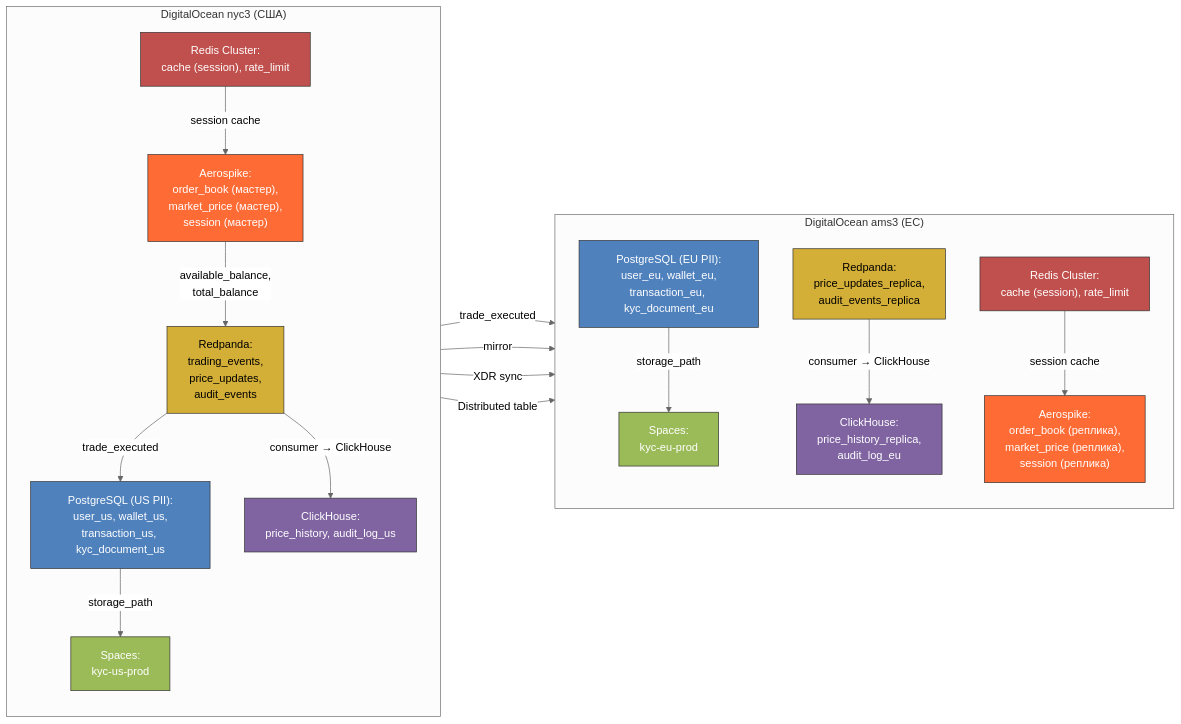
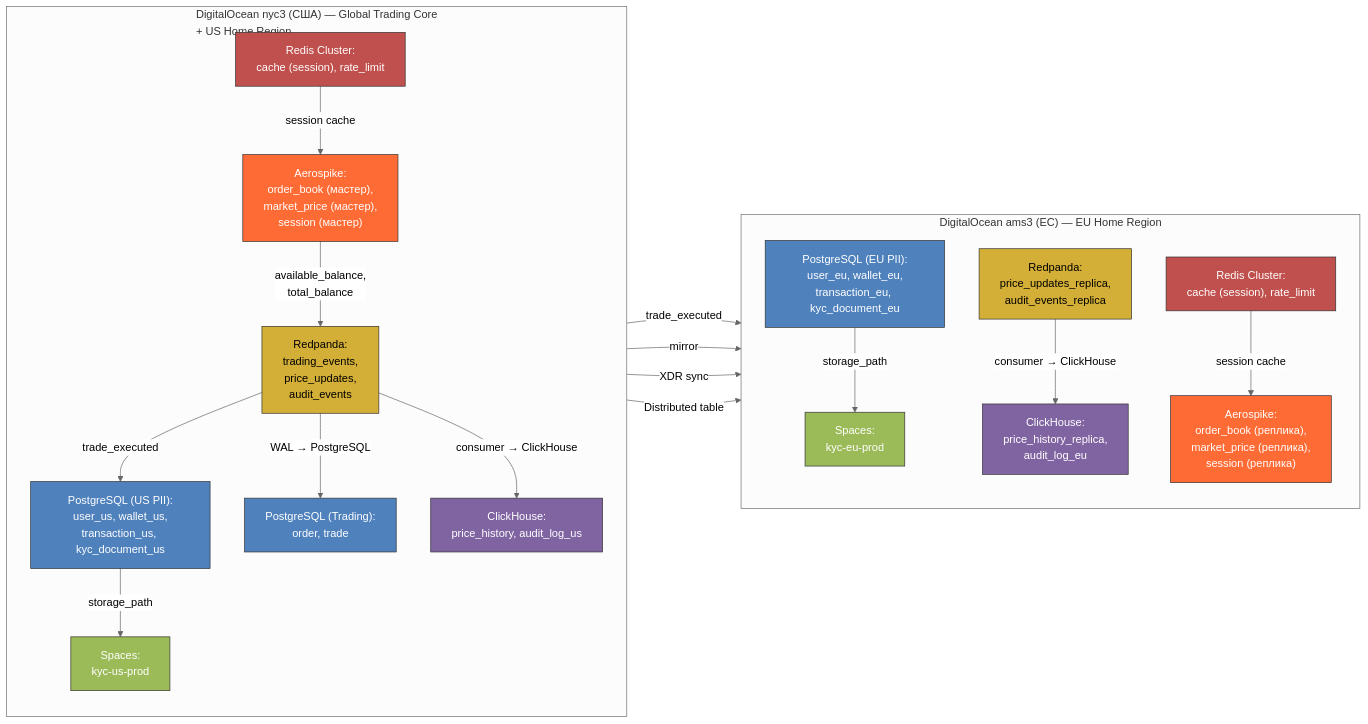
One commit to IfroloffI/highload-vk-edu-3-term changed the diagram in README.md. Above: the diagram before and after it, drawn with Mermaid (neutral theme).

````diff
--- a/README.md
+++ b/README.md
@@ -514,49 +514,58 @@
 ```mermaid
 flowchart LR
-    subgraph nyc3["DigitalOcean nyc3 (США)"]
+    subgraph nyc3["DigitalOcean nyc3 (США) — Global Trading Core<br/>+ US Home Region"]
         direction TB
         A["PostgreSQL (US PII):<br/>user_us, wallet_us,<br/>transaction_us, kyc_document_us"]
-        B["ClickHouse:<br/>price_history, audit_log_us"]
-        C["Aerospike:<br/>order_book (мастер),<br/>market_price (мастер),<br/>session (мастер)"]
-        D["Spaces:<br/>kyc-us-prod"]
-        E["Redis Cluster:<br/>cache (session), rate_limit"]
-        F["Redpanda:<br/>trading_events,<br/>price_updates,<br/>audit_events"]
+        B["PostgreSQL (Trading):<br/>order, trade"]
+        C["ClickHouse:<br/>price_history, audit_log_us"]
+        D["Aerospike:<br/>order_book (мастер),<br/>market_price (мастер),<br/>session (мастер)"]
+        E["Spaces:<br/>kyc-us-prod"]
+        F["Redis Cluster:<br/>cache (session), rate_limit"]
+        G["Redpanda:<br/>trading_events,<br/>price_updates,<br/>audit_events"]
     end
 
-    subgraph ams3["DigitalOcean ams3 (ЕС)"]
+    subgraph ams3["DigitalOcean ams3 (ЕС) — EU Home Region"]
         direction TB
-        G["PostgreSQL (EU PII):<br/>user_eu, wallet_eu,<br/>transaction_eu, kyc_document_eu"]
-        H["ClickHouse:<br/>price_history_replica,<br/>audit_log_eu"]
-        I["Aerospike:<br/>order_book (реплика),<br/>market_price (реплика),<br/>session (реплика)"]
-        J["Spaces:<br/>kyc-eu-prod"]
-        K["Redis Cluster:<br/>cache (session), rate_limit"]
-        L["Redpanda:<br/>price_updates_replica,<br/>audit_events_replica"]
+        H["PostgreSQL (EU PII):<br/>user_eu, wallet_eu,<br/>transaction_eu, kyc_document_eu"]
+        I["ClickHouse:<br/>price_history_replica,<br/>audit_log_eu"]
+        J["Aerospike:<br/>order_book (реплика),<br/>market_price (реплика),<br/>session (реплика)"]
+        K["Spaces:<br/>kyc-eu-prod"]
+        L["Redis Cluster:<br/>cache (session), rate_limit"]
+        M["Redpanda:<br/>price_updates_replica,<br/>audit_events_replica"]
     end
 
-    A -->|storage_path| D
-    G -->|storage_path| J
-    C -->|available_balance,<br/>total_balance| F
-    F -->|trade_executed| A
-    F -->|trade_executed| G
-    F -->|consumer → ClickHouse| B
-    L -->|consumer → ClickHouse| H
-    F -->|mirror| L
-    C -->|XDR sync| I
-    B -->|Distributed table| H
-    E -->|session cache| C
-    K -->|session cache| I
+    %% PII links
+    A -->|storage_path| E
+    H -->|storage_path| K
+
+    %% Trading core flow
+    D -->|available_balance,<br/>total_balance| G
+    G -->|trade_executed| A
+    G -->|trade_executed| H
+    G -->|WAL → PostgreSQL| B
+    G -->|consumer → ClickHouse| C
+    M -->|consumer → ClickHouse| I
+
+    %% Replication
+    G -->|mirror| M
+    D -->|XDR sync| J
+    C -->|Distributed table| I
+
+    %% Caching
+    F -->|session cache| D
+    L -->|session cache| J
 
     classDef pg fill:#4F81BD,stroke:#333,color:white
     classDef ch fill:#8064A2,stroke:#333,color:white
     classDef aerospike fill:#FF6B35,stroke:#333,color:white
     classDef redis fill:#C0504D,stroke:#333,color:white
     classDef spaces fill:#9BBB59,stroke:#333,color:white
     classDef redpanda fill:#D4AF37,stroke:#333,color:black
 
-    class A,G pg
-    class B,H ch
-    class C,I aerospike
-    class E,K redis
-    class D,J spaces
-    class F,L redpanda
+    class A,H,B pg
+    class C,I ch
+    class D,J aerospike
+    class F,L redis
+    class E,K spaces
+    class G,M redpanda
 ```
````
